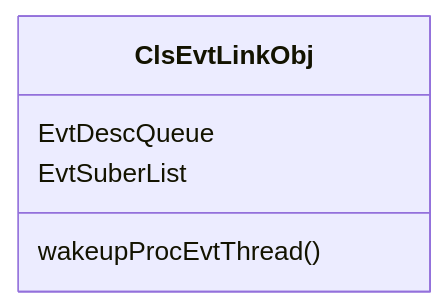
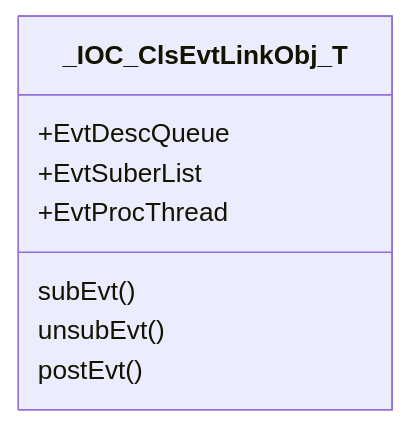
Before and after one commit to EnigmaWU/MyIOC_inTDD_withGHC: the first of 2 diagrams in Source/_IOC_ConlesEvent.md, drawn with Mermaid. The commit also changed other lines of this file and 2 other files, not shown here.

````diff
--- a/Source/_IOC_ConlesEvent.md
+++ b/Source/_IOC_ConlesEvent.md
@@ -7,9 +7,12 @@
 ```mermaid
 classDiagram
-    class ClsEvtLinkObj{
-        EvtDescQueue
-        EvtSuberList
+    class _IOC_ClsEvtLinkObj_T{
+        +EvtDescQueue
+        +EvtSuberList
+        +EvtProcThread
 
-        wakeupProcEvtThread()
+        subEvt()
+        unsubEvt()
+        postEvt()
     }
 ```
````
